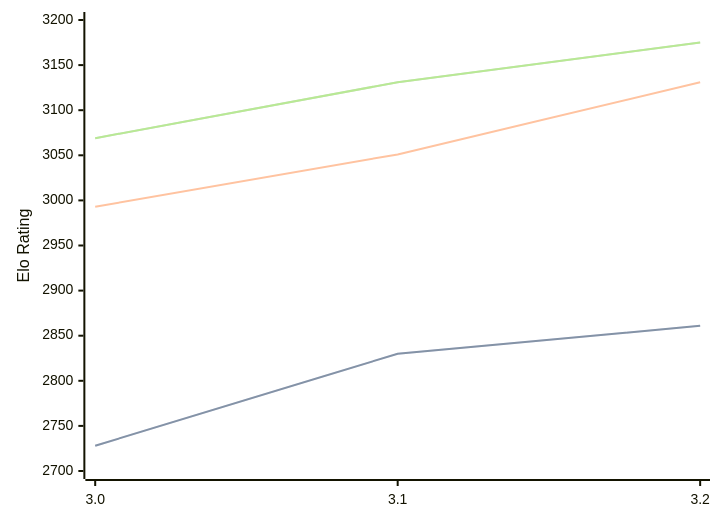
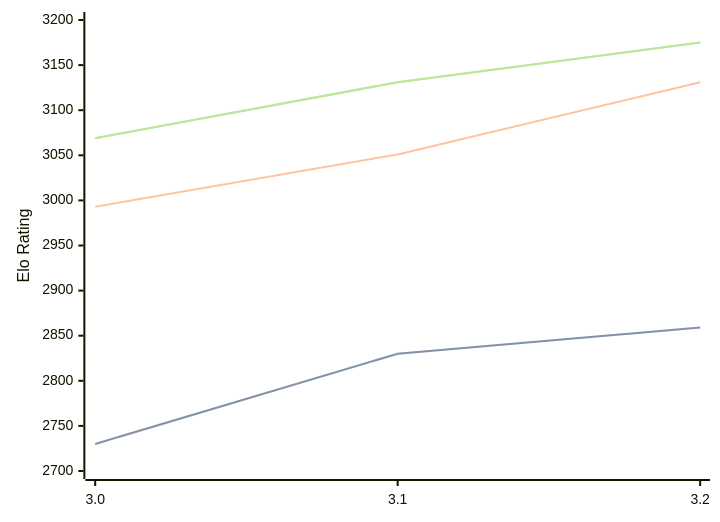
Before and after one commit to computer-chess-index/cci: the diagram in engines/Vajolet2.md, drawn with Mermaid. The commit also changed other lines of this file, not shown here.

````diff
--- a/engines/Vajolet2.md
+++ b/engines/Vajolet2.md
@@ -33,11 +33,11 @@
 ```mermaid
 %%{init: {"theme":"base","themeVariables":{"seriesColors:['#a3a3a3','#222221','#faa371']}}}%%
 xychart-beta
   x-axis ["3.0", "3.1", "3.2"]
   y-axis "Elo Rating" 2700 --> 3200
-  line "" [2728, 2830, 2861]
-  line "STC (8.0+0.08s)" [2728, 2830, 2861]
+  line "" [2730, 2830, 2859]
+  line "STC (8.0+0.08s)" [2730, 2830, 2859]
   line "LTC (60.0+0.60s)" [2993, 3051, 3131]
   line "" [3069, 3131, 3175]
   line "VLTC (2m24s+1.12s)" [3069, 3131, 3175]
 ```
````
